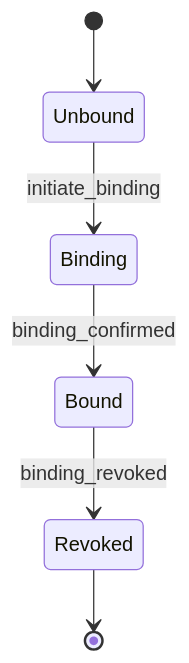
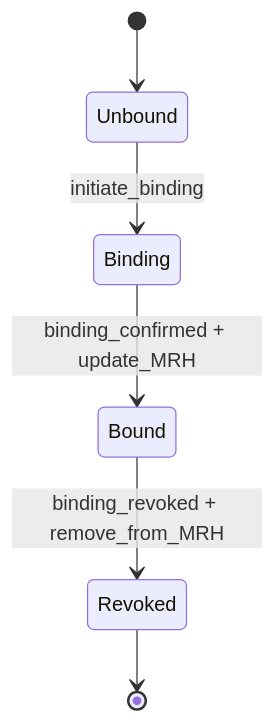
One commit to dp-web4/web4 changed the first of 4 diagrams in web4-standard/protocols/web4-entity-relationships.md. Above: the diagram before and after it, drawn with Mermaid. The commit also changed other lines of this file and 3 other files, not shown here.

````diff
--- a/web4-standard/protocols/web4-entity-relationships.md
+++ b/web4-standard/protocols/web4-entity-relationships.md
@@ -25,8 +25,8 @@
 ```mermaid
 stateDiagram-v2
     [*] --> Unbound
     Unbound --> Binding: initiate_binding
-    Binding --> Bound: binding_confirmed
-    Bound --> Revoked: binding_revoked
+    Binding --> Bound: binding_confirmed + update_MRH
+    Bound --> Revoked: binding_revoked + remove_from_MRH
     Revoked --> [*]
 ```
````
